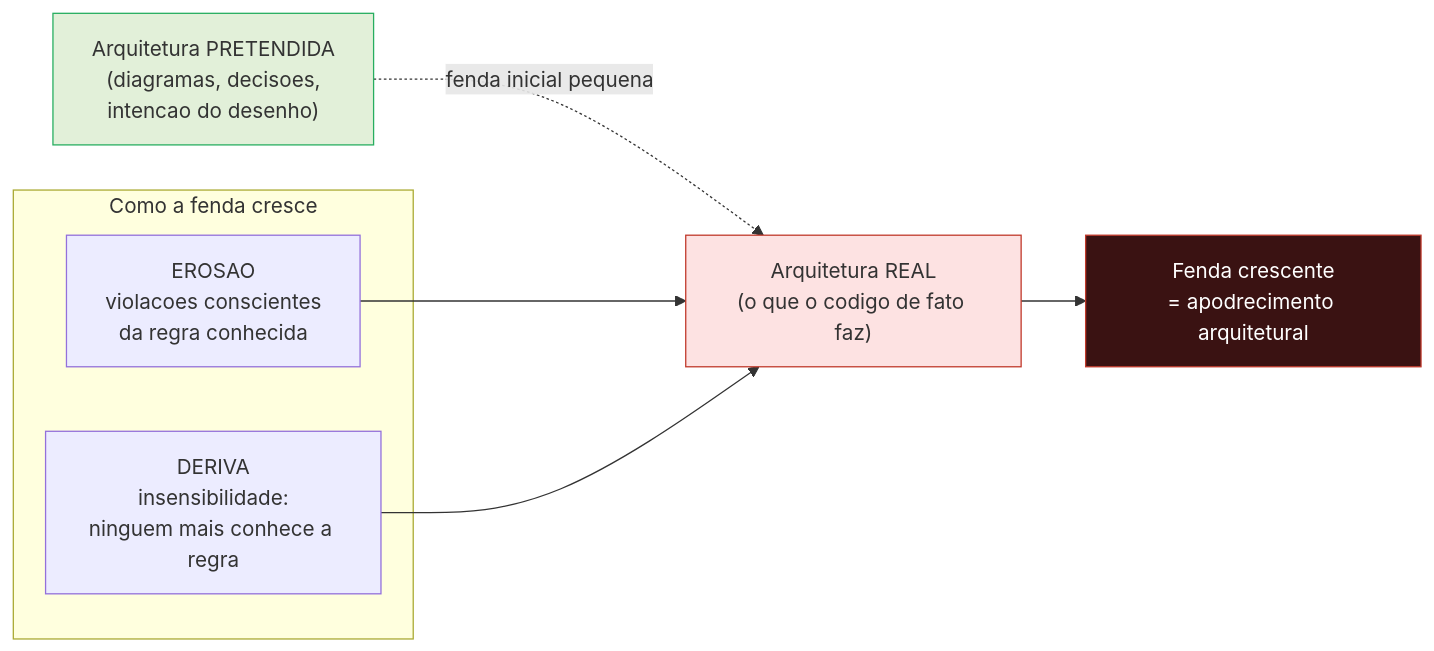
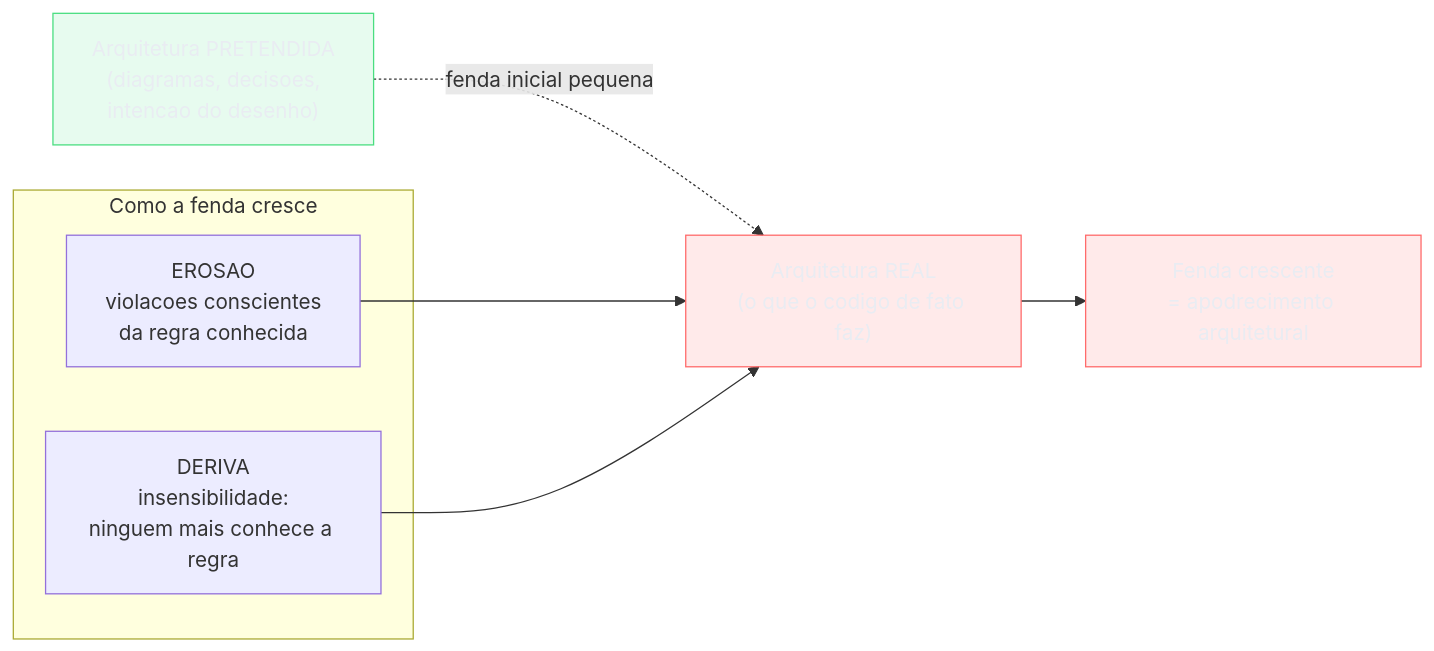
One commit to josenaldo/codex-technomanticus changed the third of 4 diagrams in 03-Dominios/Engenharia/Complexidade de Software/13 - Entropia de software e decaimento.md. Above: the diagram before and after it, drawn with Mermaid. The commit also changed other lines of this file and 1181 other files, not shown here.

First line of the commit message:
fix(diagramas): paleta do sistema no lugar de cor cravada no markdown

````diff
--- a/03-Dominios/Engenharia/Complexidade de Software/13 - Entropia de software e decaimento.md
+++ b/03-Dominios/Engenharia/Complexidade de Software/13 - Entropia de software e decaimento.md
@@ -218,21 +221,23 @@
 ```mermaid
 flowchart LR
+    classDef ok fill:#4ADE8021,stroke:#4ADE80,color:#E9ECF2
+    classDef falha fill:#FF6B6B24,stroke:#FF6B6B,color:#E9ECF2
     P["Arquitetura PRETENDIDA<br/>(diagramas, decisoes,<br/>intencao do desenho)"]
     R["Arquitetura REAL<br/>(o que o codigo de fato faz)"]
 
     P -. fenda inicial pequena .-> R
 
     subgraph Modos["Como a fenda cresce"]
         E["EROSAO<br/>violacoes conscientes<br/>da regra conhecida"]
         D["DERIVA<br/>insensibilidade:<br/>ninguem mais conhece a regra"]
     end
 
     E --> R
     D --> R
 
     R --> G["Fenda crescente<br/>= apodrecimento arquitetural"]
 
-    style P fill:#e2f0d9,stroke:#27ae60
-    style R fill:#fde2e2,stroke:#c0392b
-    style G fill:#3a1212,color:#fff,stroke:#c0392b
+    class P ok
+    class R falha
+    class G falha
 ```
````
